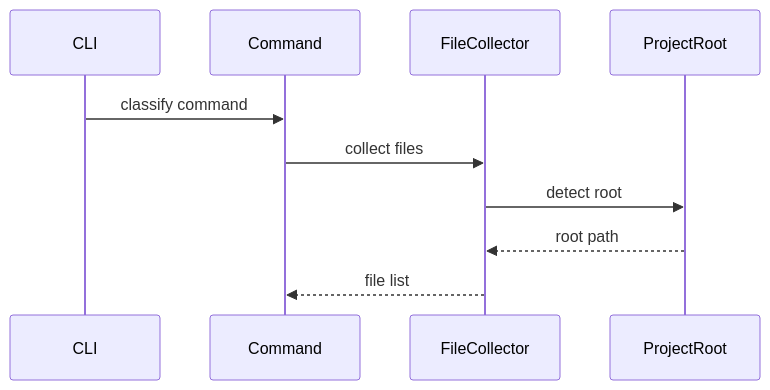
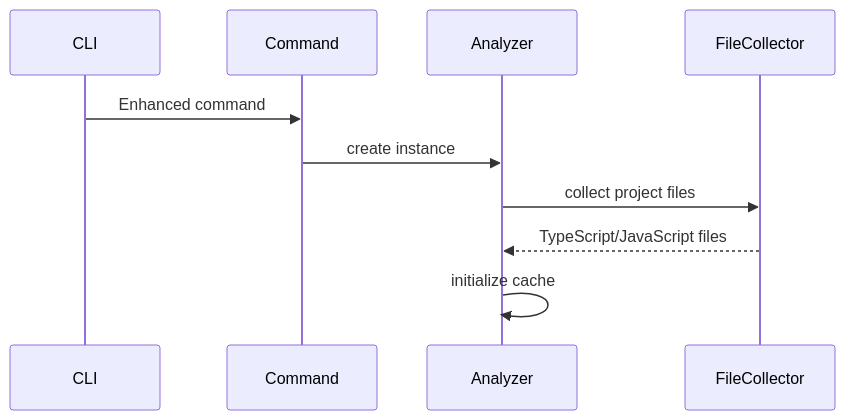
Before and after one commit to mineclover/deps-cli: the second of 5 diagrams in docs/ARCHITECTURE.md, drawn with Mermaid. The commit also changed other lines of this file and 41 other files, not shown here.

````diff
--- a/docs/ARCHITECTURE.md
+++ b/docs/ARCHITECTURE.md
@@ -187,13 +267,13 @@
 ```mermaid
 sequenceDiagram
     participant CLI
     participant Command
+    participant Analyzer
     participant FileCollector
-    participant ProjectRoot
 
-    CLI->>Command: classify command
-    Command->>FileCollector: collect files
-    FileCollector->>ProjectRoot: detect root
-    ProjectRoot-->>FileCollector: root path
-    FileCollector-->>Command: file list
+    CLI->>Command: Enhanced command
+    Command->>Analyzer: create instance
+    Analyzer->>FileCollector: collect project files
+    FileCollector-->>Analyzer: TypeScript/JavaScript files
+    Analyzer->>Analyzer: initialize cache
 ```
````
